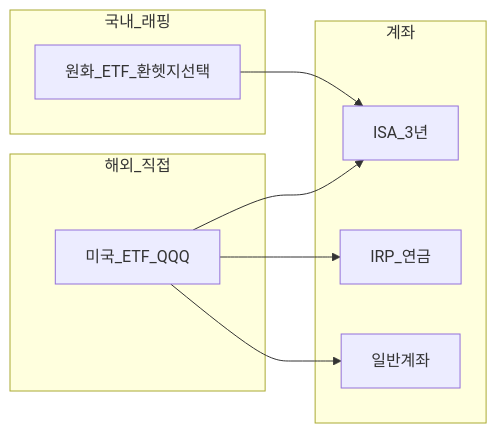
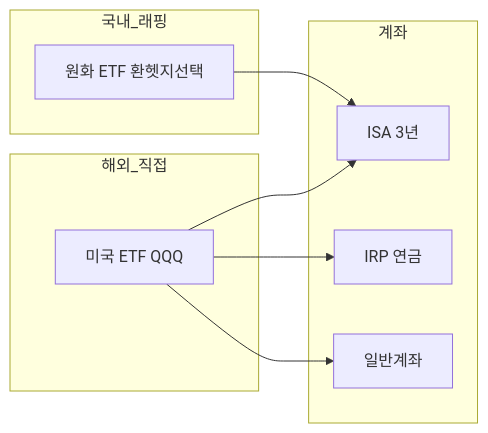
The second of 2 diagrams in 03-markets/overseas-equities-intro.md (goldanghenry/Finances), drawn with Mermaid before and after one commit. The commit also changed other lines of this file and 211 other files, not shown here.

````diff
--- a/03-markets/overseas-equities-intro.md
+++ b/03-markets/overseas-equities-intro.md
@@ -131,18 +137,18 @@
 ```mermaid
 flowchart LR
   subgraph direct [해외_직접]
-    US[미국_ETF_QQQ]
+    US["미국 ETF QQQ"]
   end
   subgraph wrap [국내_래핑]
-    KRX[원화_ETF_환헷지선택]
+    KRX["원화 ETF 환헷지선택"]
   end
   subgraph acct [계좌]
-    ISA[ISA_3년]
-    IRP[IRP_연금]
+    ISA["ISA 3년"]
+    IRP["IRP 연금"]
     Gen[일반계좌]
   end
   US --> Gen
   US --> ISA
   KRX --> ISA
   US --> IRP
 ```
````
